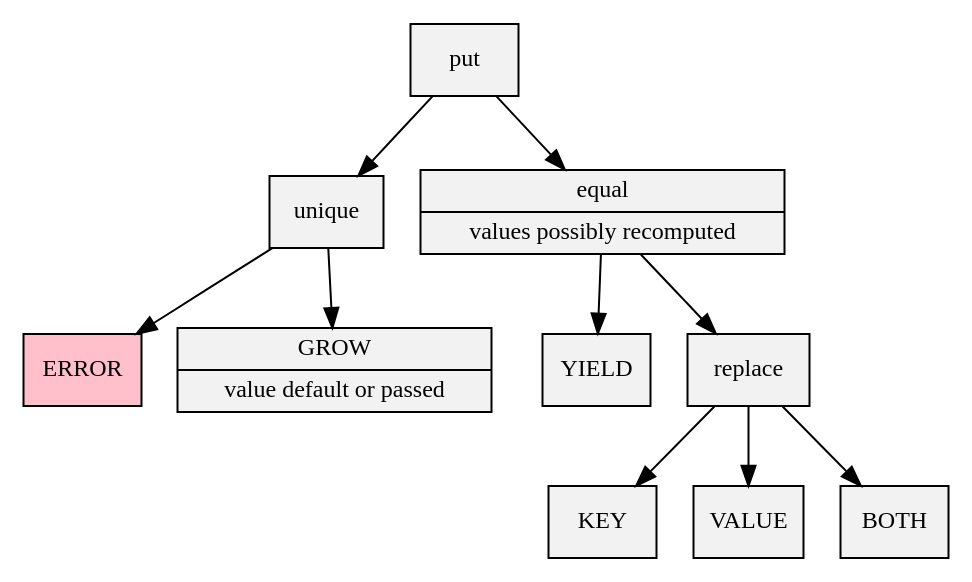
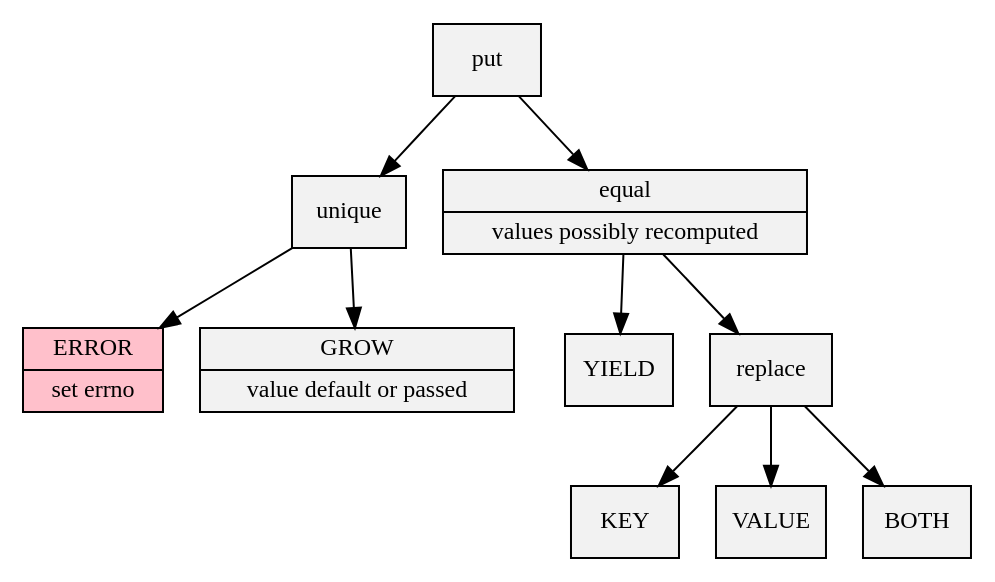
Before and after one commit to neil-edelman/boxes: the diagram in web/put.gv, drawn with Graphviz. The commit also changed 3 other files, not shown here.

```diff
--- a/web/put.gv
+++ b/web/put.gv
@@ -1,39 +1,24 @@
 digraph {
 	node [shape=record, style=filled, fillcolor=Grey95];
 	fontname = "Bitstream Vera Sans";
 	fontsize = 12;
 	node [fontname = "Bitstream Vera Sans", fontsize = 12];
 	edge [fontname = "Bitstream Vera Sans" fontsize = 12];
 	put;
 	put -> unique;
 	unique -> error;
 	unique -> grow;
 	put -> equal;
 	equal -> yield;
 	equal -> replace;
-	//subgraph cluster_replace {
-	//	replace;
-		replace -> key;
-		replace -> value;
-		replace -> both;
-	//}
-	//equal -> abort_key;
-	//equal -> replace_key;
-	//subgraph cluster_key {
-	//	abort_key;
-	//	replace_key;
-	//}
-	//equal -> abort_value;
-	//equal -> replace_value;
-	//subgraph cluster_replace {
-	//	abort_value;
-	//	replace_value;
-	//}
-	error [label="ERROR", fillcolor="Pink"];
+	replace -> key;
+	replace -> value;
+	replace -> both;
+	error [label="{ERROR|set errno}", fillcolor="Pink"];
 	equal [label="{equal|values possibly recomputed}"];
 	grow [label="{GROW|value default or passed}"];
 	yield [label="YIELD"];
 	key [label="KEY"];
 	value [label="VALUE"];
 	both [label="BOTH"];
 }
```
